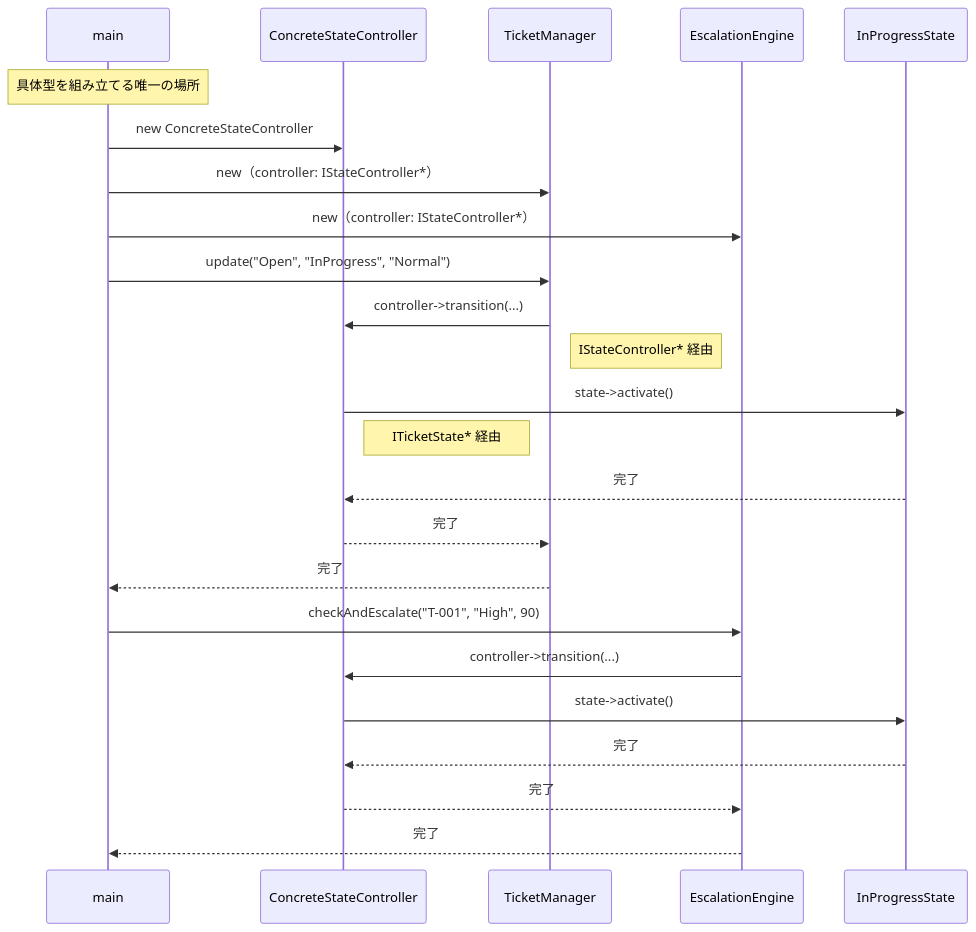
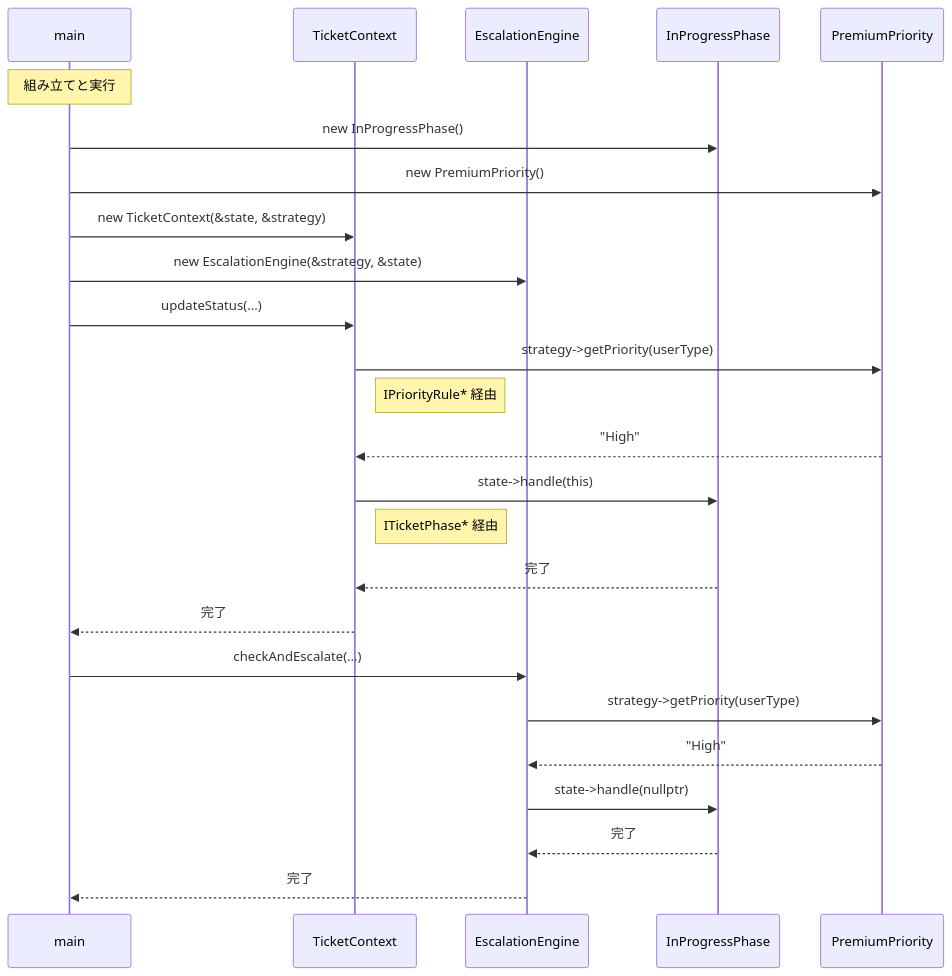
The eighth of 9 diagrams in kindle/design-patterns/output/chapter09_2.md (kumachan1101-pixel/DesignPattern), drawn with Mermaid before and after one commit. The commit also changed other lines of this file and 1 other file, not shown here.

````diff
--- a/kindle/design-patterns/output/chapter09_2.md
+++ b/kindle/design-patterns/output/chapter09_2.md
@@ -1013,26 +1273,27 @@
 ```mermaid
 sequenceDiagram
     participant main
-    participant CSC as ConcreteStateController
-    participant TM as TicketManager
+    participant TM as TicketContext
     participant EE as EscalationEngine
-    participant IS as InProgressState
-    Note over main: 具体型を組み立てる唯一の場所
-    main->>CSC: new ConcreteStateController
-    main->>TM: new（controller: IStateController*）
-    main->>EE: new（controller: IStateController*）
-    main->>TM: update("Open", "InProgress", "Normal")
-    TM->>CSC: controller->transition(...)
-    Note right of TM: IStateController* 経由
-    CSC->>IS: state->activate()
-    Note right of CSC: ITicketState* 経由
-    IS-->>CSC: 完了
-    CSC-->>TM: 完了
+    participant IS as InProgressPhase
+    participant PP as PremiumPriority
+    Note over main: 組み立てと実行
+    main->>IS: new InProgressPhase()
+    main->>PP: new PremiumPriority()
+    main->>TM: new TicketContext(&state, &strategy)
+    main->>EE: new EscalationEngine(&strategy, &state)
+    main->>TM: updateStatus(...)
+    TM->>PP: strategy->getPriority(userType)
+    Note right of TM: IPriorityRule* 経由
+    PP-->>TM: "High"
+    TM->>IS: state->handle(this)
+    Note right of TM: ITicketPhase* 経由
+    IS-->>TM: 完了
     TM-->>main: 完了
-    main->>EE: checkAndEscalate("T-001", "High", 90)
-    EE->>CSC: controller->transition(...)
-    CSC->>IS: state->activate()
-    IS-->>CSC: 完了
-    CSC-->>EE: 完了
+    main->>EE: checkAndEscalate(...)
+    EE->>PP: strategy->getPriority(userType)
+    PP-->>EE: "High"
+    EE->>IS: state->handle(nullptr)
+    IS-->>EE: 完了
     EE-->>main: 完了
 ```
````
